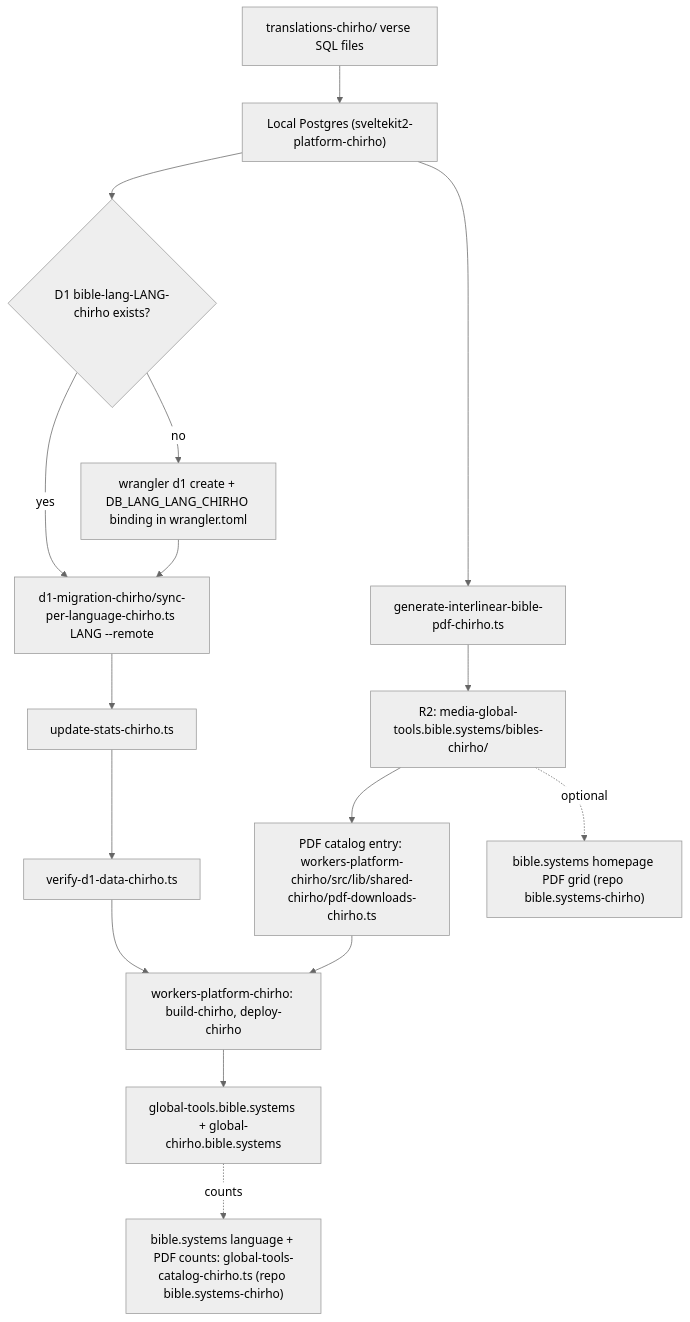
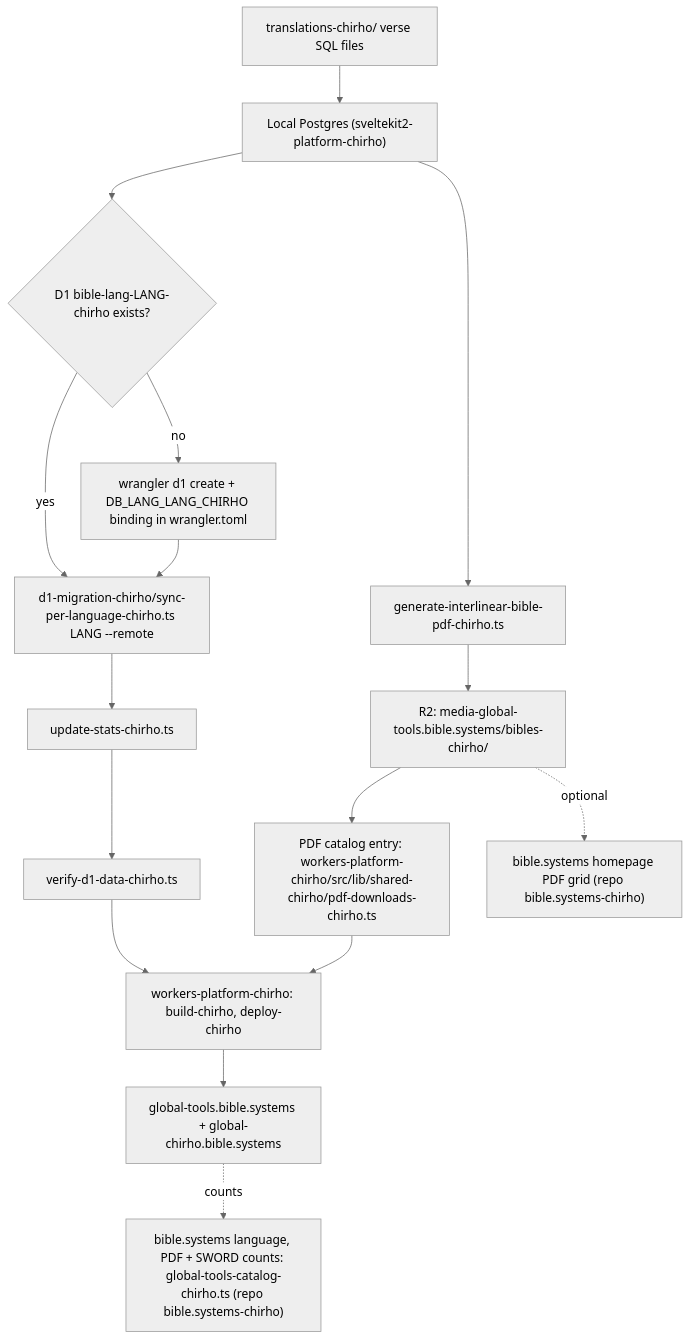
Before and after one commit to loveJesus/global-bible-tools-platform-chirho: the diagram in spec-chirho/workflows-chirho/publish-to-worker-chirho.md, drawn with Mermaid (neutral theme). The commit also changed 4 other files, not shown here.

First line of the commit message:
Record the bible.systems upgrade and the gloss-gap diagnosis; note the SWORD count

````diff
--- a/spec-chirho/workflows-chirho/publish-to-worker-chirho.md
+++ b/spec-chirho/workflows-chirho/publish-to-worker-chirho.md
@@ -12,18 +12,18 @@
 ```mermaid
 flowchart TD
   sql_chirho["translations-chirho/ verse SQL files"] --> pg_chirho["Local Postgres (sveltekit2-platform-chirho)"]
   pg_chirho --> pdf_chirho["generate-interlinear-bible-pdf-chirho.ts"]
   pdf_chirho --> r2_chirho["R2: media-global-tools.bible.systems/bibles-chirho/"]
   pg_chirho --> exists_chirho{"D1 bible-lang-LANG-chirho exists?"}
   exists_chirho -- no --> create_chirho["wrangler d1 create + DB_LANG_LANG_CHIRHO binding in wrangler.toml"]
   exists_chirho -- yes --> sync_chirho
   create_chirho --> sync_chirho["d1-migration-chirho/sync-per-language-chirho.ts LANG --remote"]
   sync_chirho --> stats_chirho["update-stats-chirho.ts"]
   stats_chirho --> verify_chirho["verify-d1-data-chirho.ts"]
   r2_chirho --> catalog_chirho["PDF catalog entry: workers-platform-chirho/src/lib/shared-chirho/pdf-downloads-chirho.ts"]
   verify_chirho --> deploy_chirho["workers-platform-chirho: build-chirho, deploy-chirho"]
   catalog_chirho --> deploy_chirho
   deploy_chirho --> live_chirho["global-tools.bible.systems + global-chirho.bible.systems"]
   r2_chirho -. optional .-> home_chirho["bible.systems homepage PDF grid (repo bible.systems-chirho)"]
-  live_chirho -. counts .-> counts_chirho["bible.systems language + PDF counts: global-tools-catalog-chirho.ts (repo bible.systems-chirho)"]
+  live_chirho -. counts .-> counts_chirho["bible.systems language, PDF + SWORD counts: global-tools-catalog-chirho.ts (repo bible.systems-chirho)"]
 ```
````
